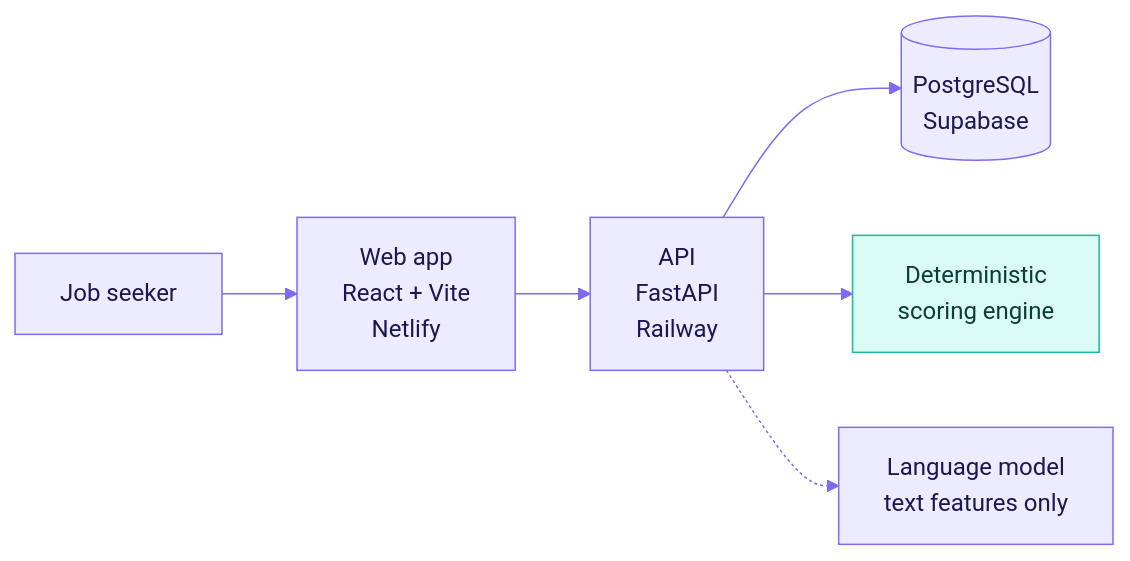
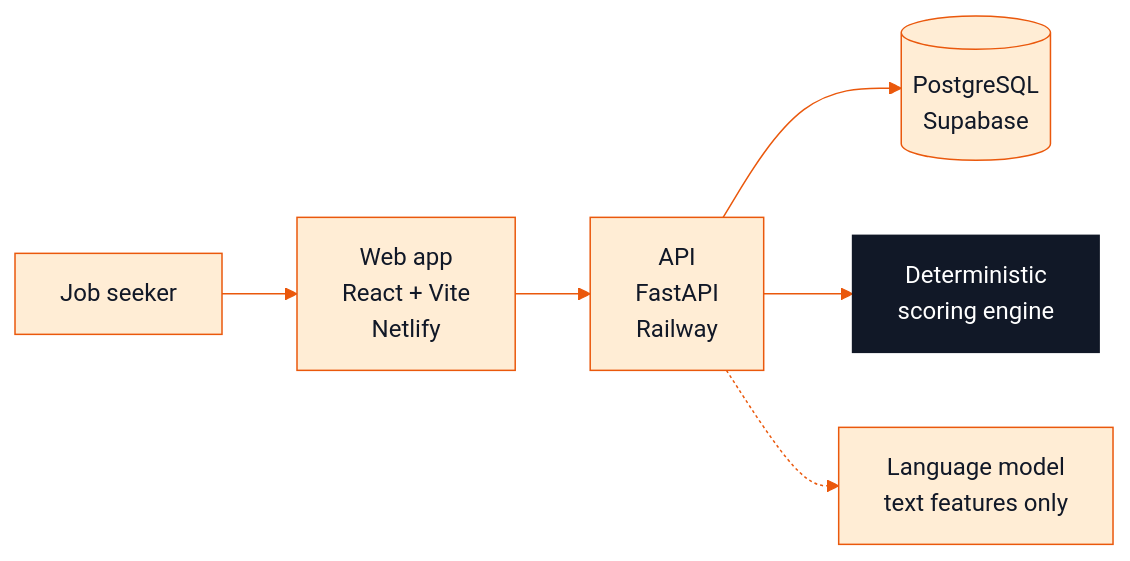
The diagram in README.md (swagatskalita092/clearscan-engineering), drawn with Mermaid before and after one commit. The commit also changed other lines of this file and 13 other files, not shown here.

````diff
--- a/README.md
+++ b/README.md
@@ -66,11 +66,11 @@
 ```mermaid
-%%{init: {'theme':'base','themeVariables':{'primaryColor':'#EDEBFF','primaryTextColor':'#1B1850','primaryBorderColor':'#7C6CF0','lineColor':'#7C6CF0','fontFamily':'Inter, Segoe UI, sans-serif'}}}%%
+%%{init: {'theme':'base','themeVariables':{'primaryColor':'#FFEDD5','primaryTextColor':'#111827','primaryBorderColor':'#EA580C','lineColor':'#EA580C','fontFamily':'Plus Jakarta Sans, Inter, Segoe UI, sans-serif'}}}%%
 flowchart LR
     U["Job seeker"] --> W["Web app<br/>React + Vite<br/>Netlify"]
     W --> A["API<br/>FastAPI<br/>Railway"]
     A --> D[("PostgreSQL<br/>Supabase")]
     A --> S["Deterministic<br/>scoring engine"]
     A -.-> M["Language model<br/>text features only"]
-    classDef core fill:#D9FBF4,stroke:#1FB59E,color:#0B3D36;
+    classDef core fill:#111827,stroke:#111827,color:#FFFFFF;
     class S core;
 ```
````
